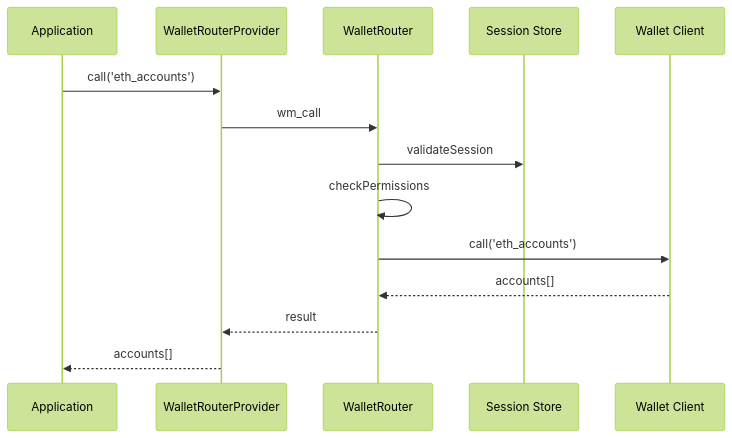
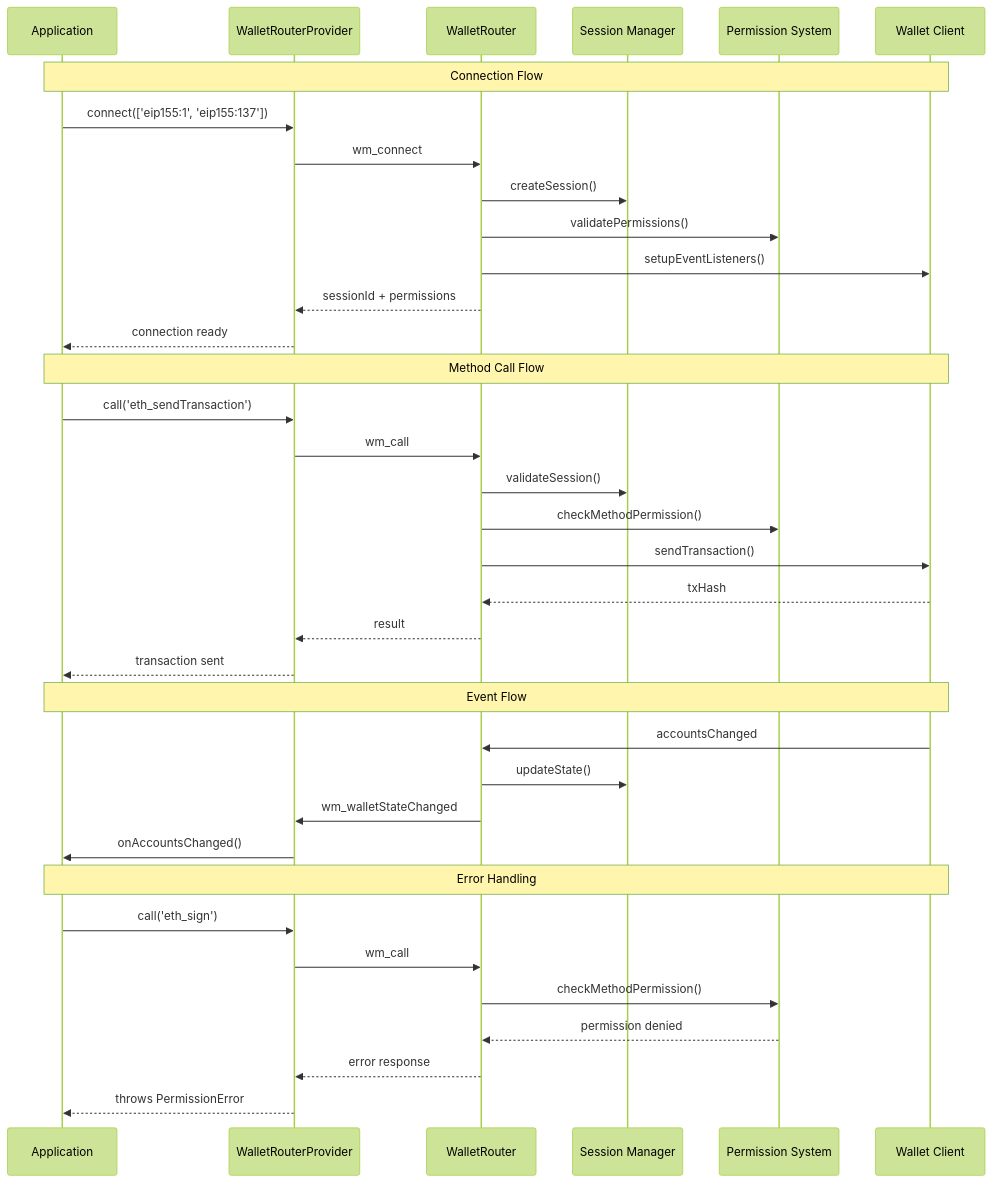
One commit to WalletMesh/walletmesh-packages changed the second of 2 diagrams in packages/router/README.md. Above: the diagram before and after it, drawn with Mermaid (forest theme). The commit also changed other lines of this file and 19 other files, not shown here.

````diff
--- a/packages/router/README.md
+++ b/packages/router/README.md
@@ -38,17 +153,42 @@
 ```mermaid
 sequenceDiagram
     participant App as Application
     participant Provider as WalletRouterProvider
     participant Router as WalletRouter
-    participant Session as Session Store
+    participant Session as Session Manager
+    participant Perms as Permission System
     participant Wallet as Wallet Client
 
-    App->>Provider: call('eth_accounts')
+    Note over App,Wallet: Connection Flow
+    App->>Provider: connect(['eip155:1', 'eip155:137'])
+    Provider->>Router: wm_connect
+    Router->>Session: createSession()
+    Router->>Perms: validatePermissions()
+    Router->>Wallet: setupEventListeners()
+    Router-->>Provider: sessionId + permissions
+    Provider-->>App: connection ready
+
+    Note over App,Wallet: Method Call Flow
+    App->>Provider: call('eth_sendTransaction')
     Provider->>Router: wm_call
-    Router->>Session: validateSession
-    Router->>Router: checkPermissions
-    Router->>Wallet: call('eth_accounts')
-    Wallet-->>Router: accounts[]
+    Router->>Session: validateSession()
+    Router->>Perms: checkMethodPermission()
+    Router->>Wallet: sendTransaction()
+    Wallet-->>Router: txHash
     Router-->>Provider: result
-    Provider-->>App: accounts[]
+    Provider-->>App: transaction sent
+
+    Note over App,Wallet: Event Flow
+    Wallet->>Router: accountsChanged
+    Router->>Session: updateState()
+    Router->>Provider: wm_walletStateChanged
+    Provider->>App: onAccountsChanged()
+
+    Note over App,Wallet: Error Handling
+    App->>Provider: call('eth_sign')
+    Provider->>Router: wm_call
+    Router->>Perms: checkMethodPermission()
+    Perms-->>Router: permission denied
+    Router-->>Provider: error response
+    Provider-->>App: throws PermissionError
 ```
````
